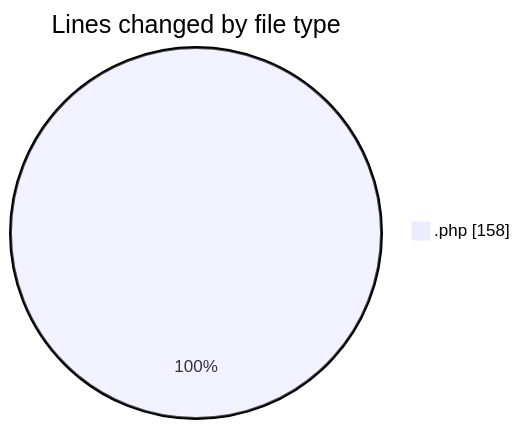
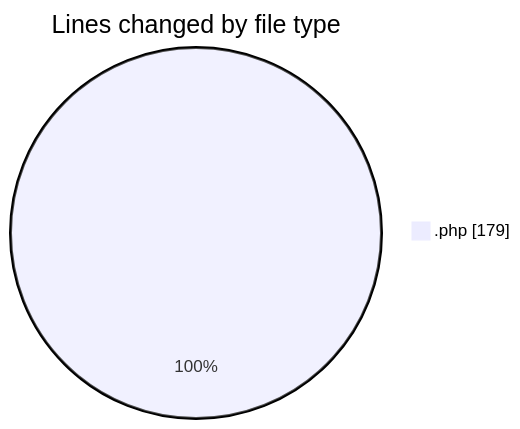
One commit to LanceThiago/code-tracking changed the first of 2 diagrams in 2025-05-14/web/README.md. Above: the diagram before and after it, drawn with Mermaid. The commit also changed other lines of this file and 1 other file, not shown here.

````diff
--- a/2025-05-14/web/README.md
+++ b/2025-05-14/web/README.md
@@ -20,5 +20,5 @@
 ```mermaid
 pie showData
 title Lines changed by file type
-".php" : 158
+".php" : 179
 ```
````
